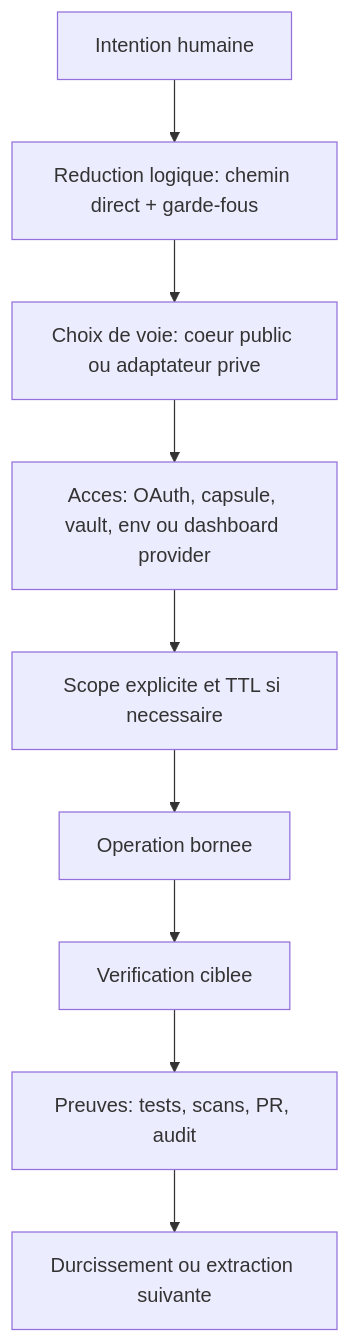
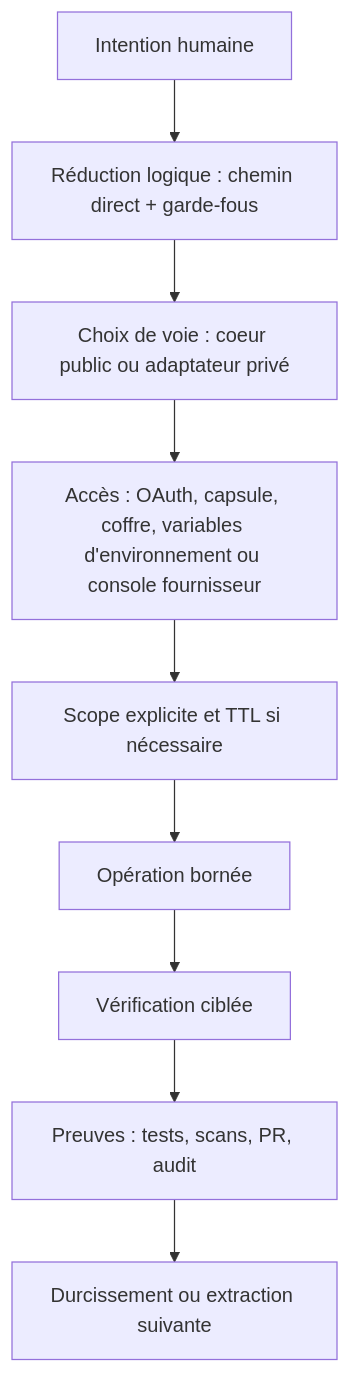
One commit to Funesterie/alphaonze changed the second of 3 diagrams in docs/security/NOSSEN_ADAPTIVE_SECURITY_BRIEF_SANDRO_2026-05-23.md. Above: the diagram before and after it, drawn with Mermaid. The commit also changed other lines of this file, not shown here.

````diff
--- a/docs/security/NOSSEN_ADAPTIVE_SECURITY_BRIEF_SANDRO_2026-05-23.md
+++ b/docs/security/NOSSEN_ADAPTIVE_SECURITY_BRIEF_SANDRO_2026-05-23.md
@@ -59,11 +147,11 @@
 ```mermaid
 flowchart TD
-  Intent["Intention humaine"] --> Reduce["Reduction logique: chemin direct + garde-fous"]
-  Reduce --> Lane["Choix de voie: coeur public ou adaptateur prive"]
-  Lane --> Auth["Acces: OAuth, capsule, vault, env ou dashboard provider"]
-  Auth --> Scope["Scope explicite et TTL si necessaire"]
-  Scope --> Work["Operation bornee"]
-  Work --> Verify["Verification ciblee"]
-  Verify --> Evidence["Preuves: tests, scans, PR, audit"]
+  Intent["Intention humaine"] --> Reduce["Réduction logique : chemin direct + garde-fous"]
+  Reduce --> Lane["Choix de voie : coeur public ou adaptateur privé"]
+  Lane --> Auth["Accès : OAuth, capsule, coffre, variables d'environnement ou console fournisseur"]
+  Auth --> Scope["Scope explicite et TTL si nécessaire"]
+  Scope --> Work["Opération bornée"]
+  Work --> Verify["Vérification ciblée"]
+  Verify --> Evidence["Preuves : tests, scans, PR, audit"]
   Evidence --> Improve["Durcissement ou extraction suivante"]
 ```
````
